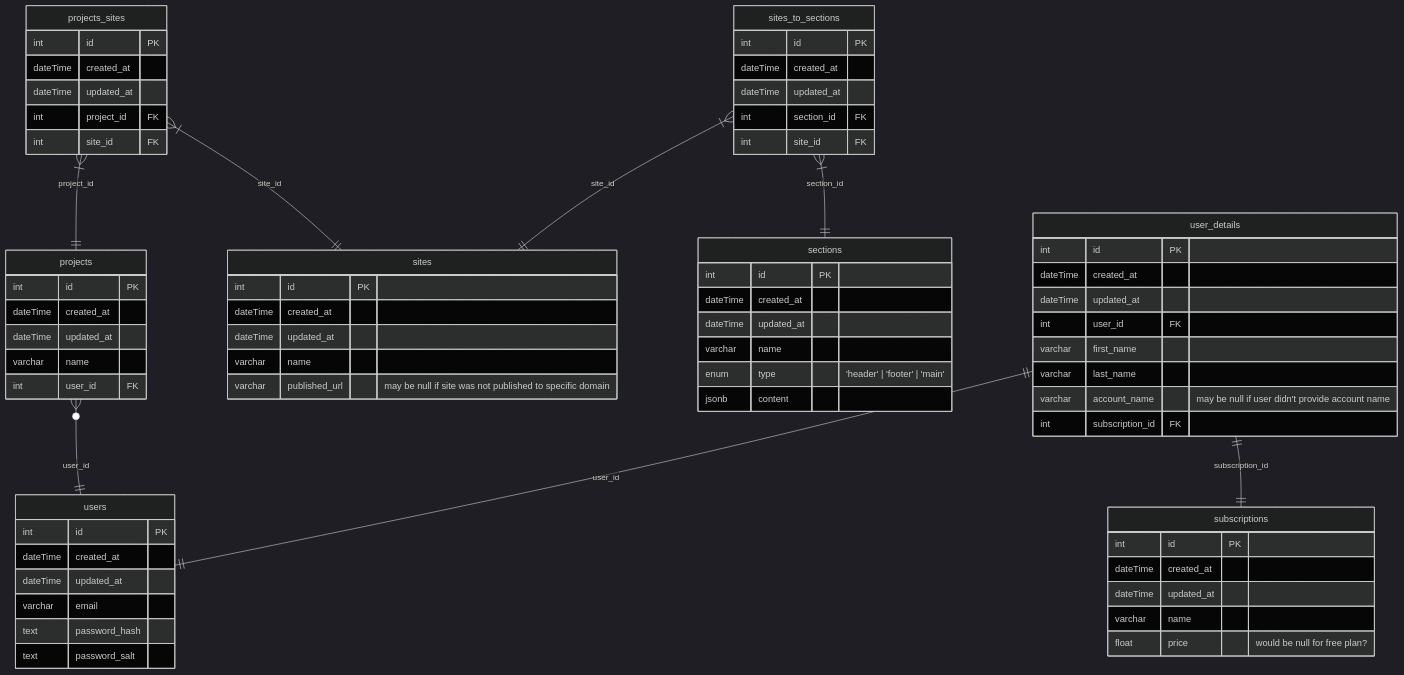
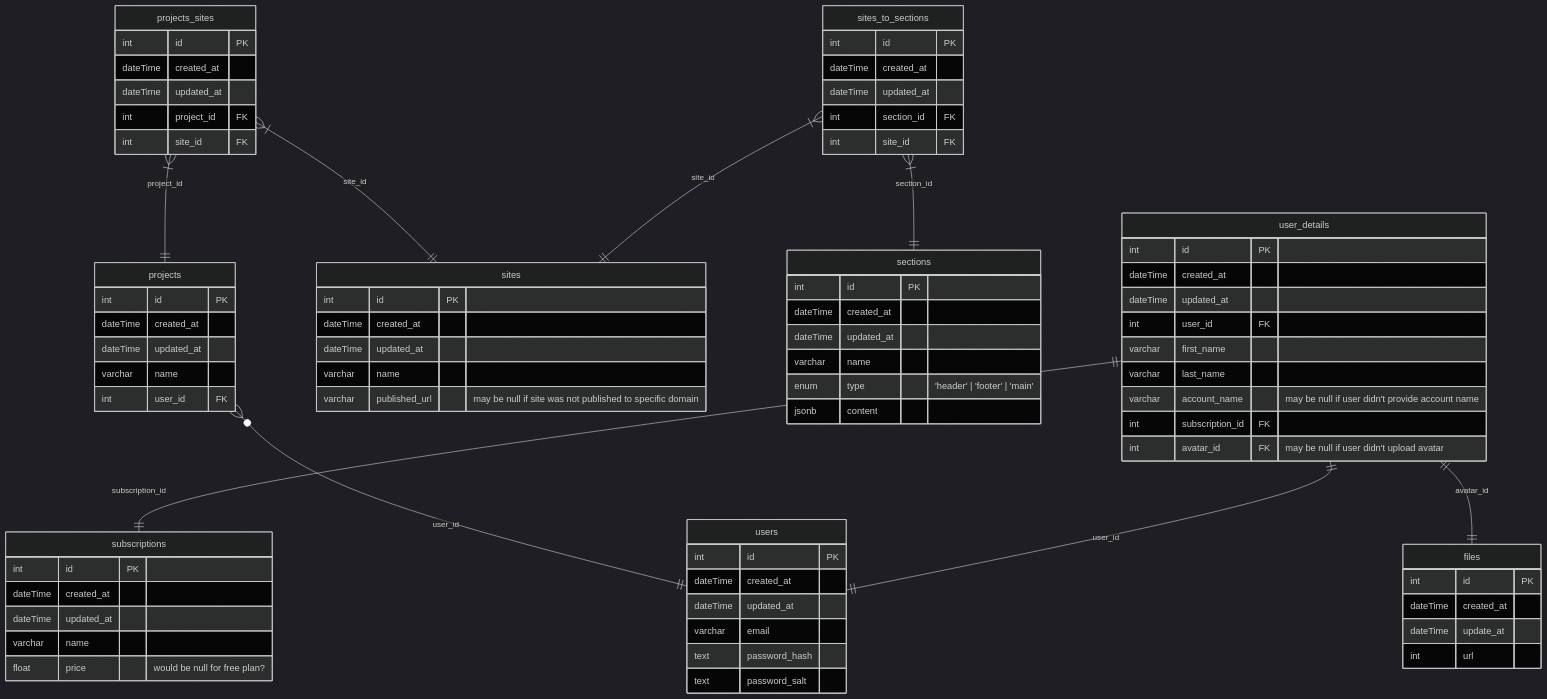
Before and after one commit to BinaryStudioAcademy/bsa-winter-2022-2023-simpleland: the diagram in readme.md, drawn with Mermaid (dark theme). The commit also changed 1 other file, not shown here.

Commit message:
sl-50: * swagger description and er schema

````diff
--- a/readme.md
+++ b/readme.md
@@ -55,6 +55,7 @@
   %% mb user_details should content subscription_end_time col?
   user_details ||--|| users : user_id
   user_details ||--|| subscriptions : subscription_id
+  user_details ||--|| files : avatar_id
   user_details {
     int id PK
     dateTime created_at
@@ -64,6 +65,7 @@
     varchar last_name
     varchar account_name "may be null if user didn't provide account name"
     int subscription_id FK
+    int avatar_id FK "may be null if user didn't upload avatar"
   }
 
   sites {
@@ -120,4 +122,11 @@
     float price "would be null for free plan?"
   }
 
+  files {
+    int id PK
+    dateTime created_at
+    dateTime update_at
+    int url
+  }
+
 ```
````
